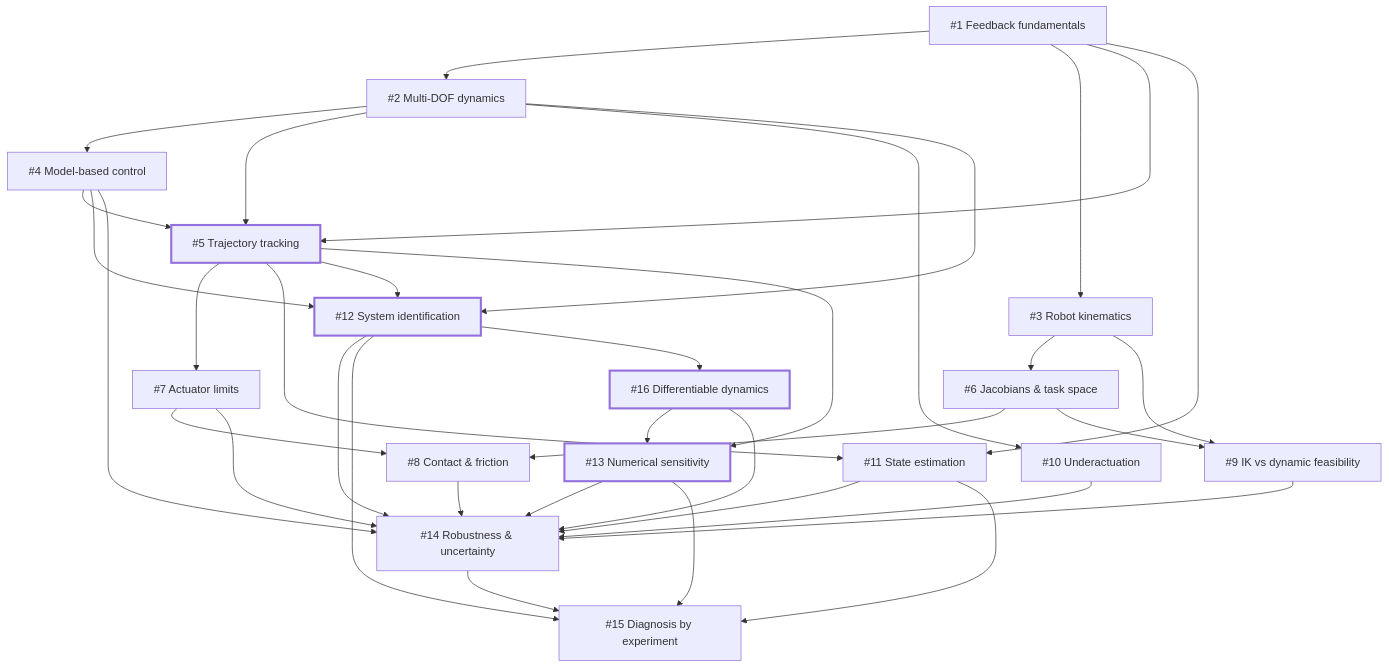
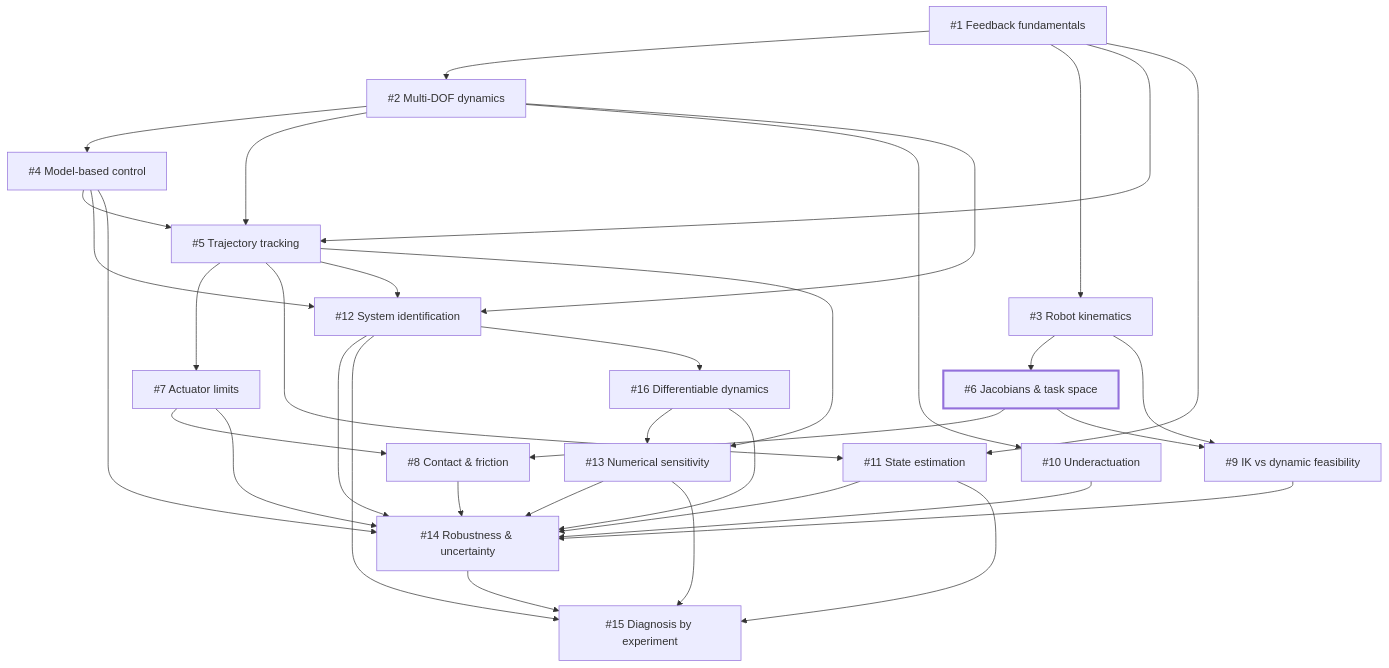
Before and after one commit to haidmoham/robotics-test-bench: the second of 2 diagrams in README.md, drawn with Mermaid. The commit also changed other lines of this file, not shown here.

````diff
--- a/README.md
+++ b/README.md
@@ -59,69 +60,69 @@
 ```mermaid
 flowchart TD
     C01["#1 Feedback fundamentals"]
     C02["#2 Multi-DOF dynamics"]
     C03["#3 Robot kinematics"]
     C04["#4 Model-based control"]
     C05["#5 Trajectory tracking"]
     C06["#6 Jacobians & task space"]
     C07["#7 Actuator limits"]
     C08["#8 Contact & friction"]
     C09["#9 IK vs dynamic feasibility"]
     C10["#10 Underactuation"]
     C11["#11 State estimation"]
     C12["#12 System identification"]
     C13["#13 Numerical sensitivity"]
     C14["#14 Robustness & uncertainty"]
     C15["#15 Diagnosis by experiment"]
     C16["#16 Differentiable dynamics"]
 
     C01 --> C02
     C01 --> C03
     C01 --> C05
     C01 --> C11
 
     C02 --> C04
     C02 --> C05
     C02 --> C10
     C02 --> C12
 
     C03 --> C06
     C03 --> C09
 
     C04 --> C05
     C04 --> C12
     C04 --> C14
 
     C05 --> C07
     C05 --> C11
     C05 --> C12
     C05 --> C13
 
     C06 --> C08
     C06 --> C09
 
     C07 --> C08
     C07 --> C14
 
     C08 --> C14
     C09 --> C14
     C10 --> C14
 
     C11 --> C14
     C11 --> C15
 
     C12 --> C14
     C12 --> C15
     C12 --> C16
 
     C16 --> C13
     C16 --> C14
 
     C13 --> C14
     C13 --> C15
 
     C14 --> C15
 
     classDef active stroke-width:3px
-    class C05,C12,C16,C13 active
+    class C06 active
 ```
````
